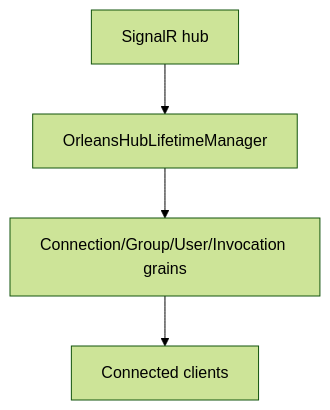
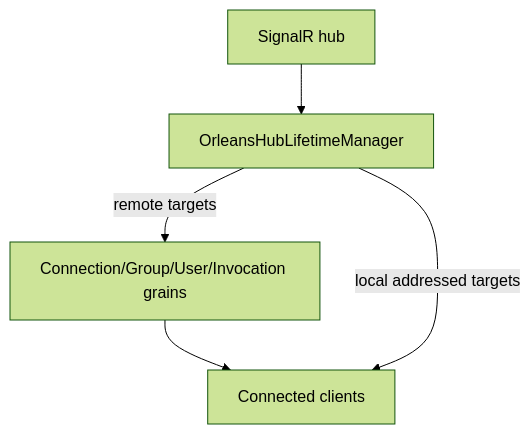
Before and after one commit to managedcode/Orleans.SignalR: the diagram in docs/ADR/0002-orleans-hub-lifetime-manager.md, drawn with Mermaid (forest theme). The commit also changed other lines of this file and 4 other files, not shown here.

````diff
--- a/docs/ADR/0002-orleans-hub-lifetime-manager.md
+++ b/docs/ADR/0002-orleans-hub-lifetime-manager.md
@@ -22,9 +22,11 @@
 ```mermaid
 flowchart TD
   Hub["SignalR hub"]
   Manager["OrleansHubLifetimeManager"]
   Grains["Connection/Group/User/Invocation grains"]
   Clients["Connected clients"]
 
-  Hub --> Manager --> Grains --> Clients
+  Hub --> Manager
+  Manager -->|"remote targets"| Grains --> Clients
+  Manager -->|"local addressed targets"| Clients
 ```
````
